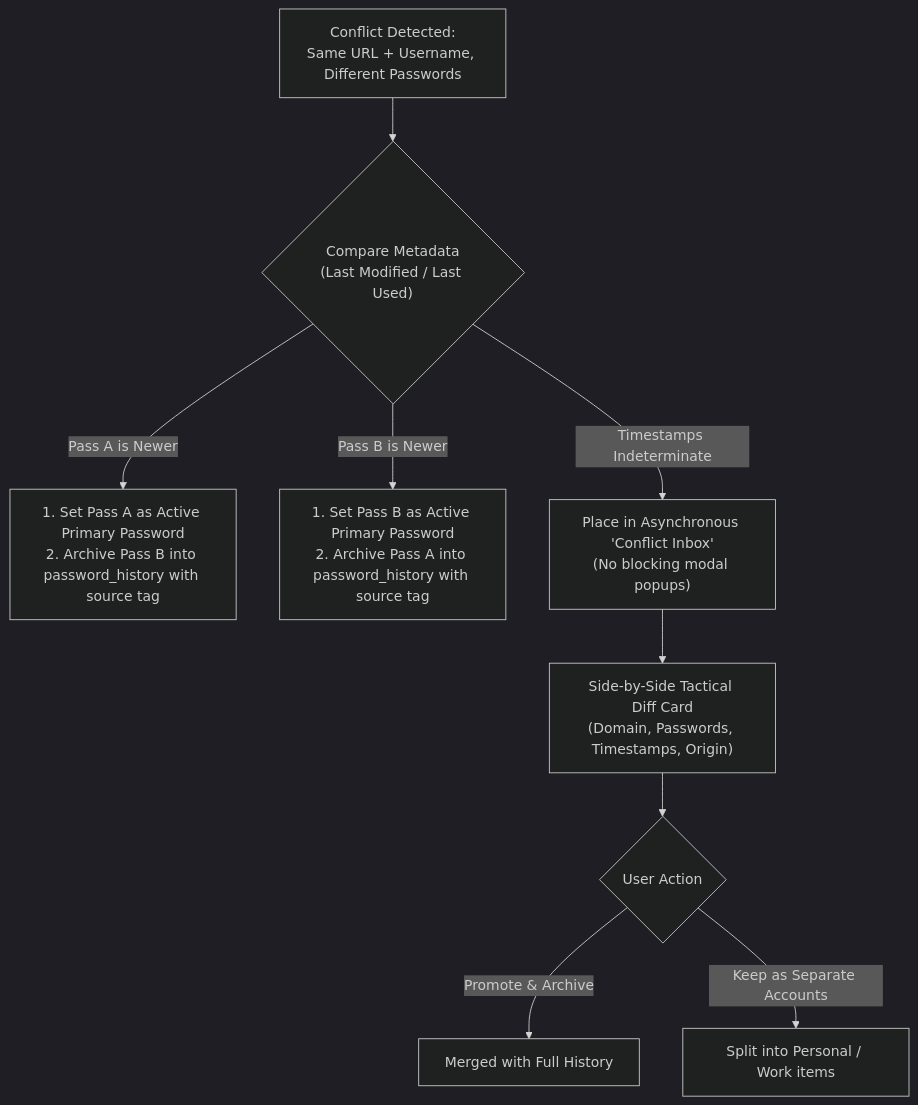
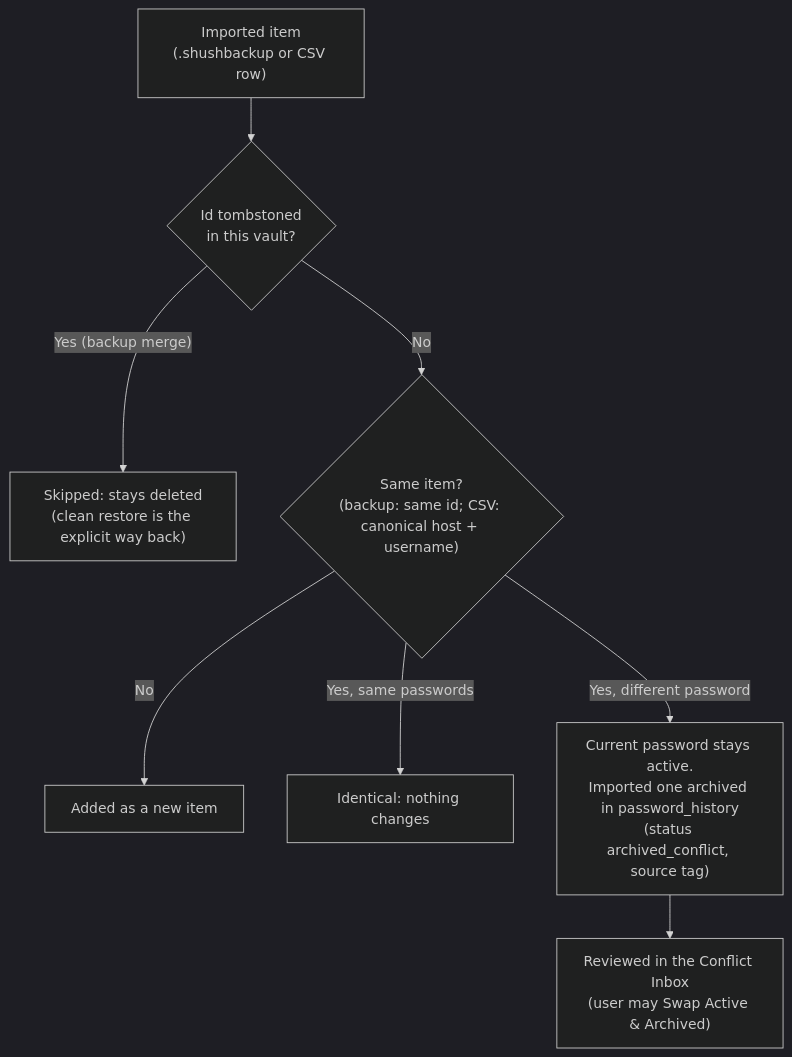
One commit to kash-talel/shush changed the third of 4 diagrams in docs/spec/master-specification.md. Above: the diagram before and after it, drawn with Mermaid (dark theme). The commit also changed other lines of this file and 12 other files, not shown here.

First line of the commit message:
fix(#19): deletion tombstones, history purge, canonical import identity; no wall-clock merges (#139)

````diff
--- a/docs/spec/master-specification.md
+++ b/docs/spec/master-specification.md
@@ -466,13 +480,17 @@
 ```mermaid
 flowchart TD
-    Conflict["Conflict Detected:\nSame URL + Username, Different Passwords"] --> Timestamp{"Compare Metadata\n(Last Modified / Last Used)"}
-    
-    Timestamp -->|"Pass A is Newer"| AutoPromote["1. Set Pass A as Active Primary Password\n2. Archive Pass B into password_history with source tag"]
-    Timestamp -->|"Pass B is Newer"| AutoPromoteB["1. Set Pass B as Active Primary Password\n2. Archive Pass A into password_history with source tag"]
-    Timestamp -->|"Timestamps Indeterminate"| ConflictInbox["Place in Asynchronous 'Conflict Inbox'\n(No blocking modal popups)"]
-
-    ConflictInbox --> InteractiveDiff["Side-by-Side Tactical Diff Card\n(Domain, Passwords, Timestamps, Origin)"]
-    InteractiveDiff --> UserChoice{"User Action"}
-    UserChoice -->|"Promote & Archive"| Merged["Merged with Full History"]
-    UserChoice -->|"Keep as Separate Accounts"| Fork["Split into Personal / Work items"]
+    Incoming["Imported item
+(.shushbackup or CSV row)"] --> Deleted{"Id tombstoned
+in this vault?"}
+    Deleted -->|"Yes (backup merge)"| Skip["Skipped: stays deleted
+(clean restore is the explicit way back)"]
+    Deleted -->|"No"| Match{"Same item?
+(backup: same id; CSV: canonical host + username)"}
+    Match -->|"No"| Add["Added as a new item"]
+    Match -->|"Yes, same passwords"| Noop["Identical: nothing changes"]
+    Match -->|"Yes, different password"| Archive["Current password stays active.
+Imported one archived in password_history
+(status archived_conflict, source tag)"]
+    Archive --> ConflictInbox["Reviewed in the Conflict Inbox
+(user may Swap Active & Archived)"]
 ```
````
